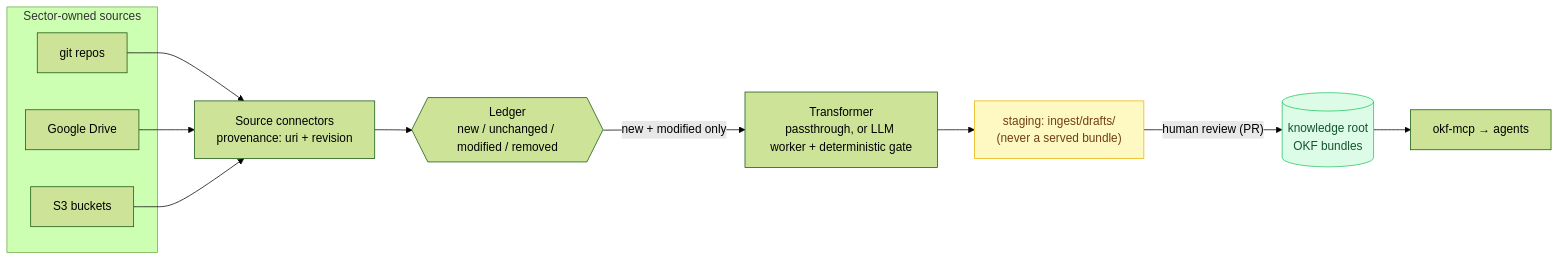
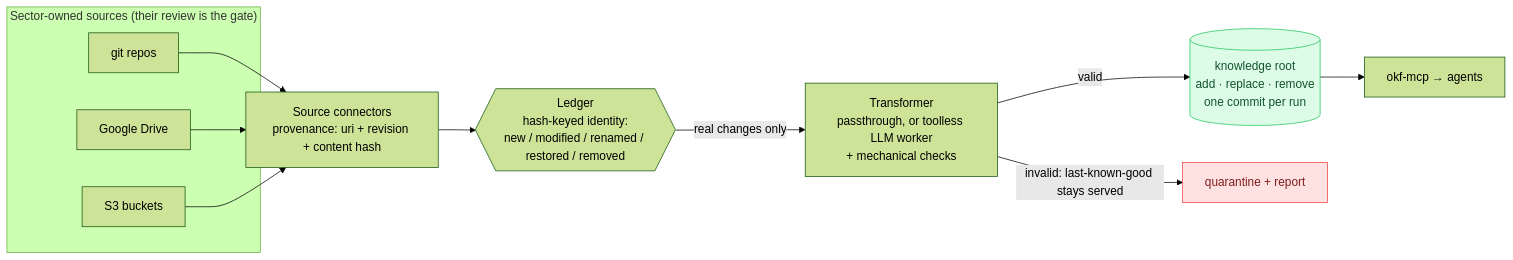
One commit to th-lange/okf-corporate-bundle changed the diagram in docs/usage.md. Above: the diagram before and after it, drawn with Mermaid (forest theme). The commit also changed other lines of this file and 17 other files, not shown here.

````diff
--- a/docs/usage.md
+++ b/docs/usage.md
@@ -164,18 +159,18 @@
 ```mermaid
 flowchart LR
-  subgraph SRC["Sector-owned sources"]
+  subgraph SRC["Sector-owned sources (their review is the gate)"]
     G["git repos"]
     GD["Google Drive"]
     S3["S3 buckets"]
   end
   G --> CONN
   GD --> CONN
   S3 --> CONN
-  CONN["Source connectors<br/>provenance: uri + revision"] --> LED{{"Ledger<br/>new / unchanged / modified / removed"}}
-  LED -- "new + modified only" --> TR["Transformer<br/>passthrough, or LLM worker + deterministic gate"]
-  TR --> ST["staging: ingest/drafts/<br/>(never a served bundle)"]
-  ST -- "human review (PR)" --> KB[("knowledge root<br/>OKF bundles")]
+  CONN["Source connectors<br/>provenance: uri + revision + content hash"] --> LED{{"Ledger<br/>hash-keyed identity:<br/>new / modified / renamed / restored / removed"}}
+  LED -- "real changes only" --> TR["Transformer<br/>passthrough, or toolless LLM worker<br/>+ mechanical checks"]
+  TR -- "valid" --> KB[("knowledge root<br/>add · replace · remove<br/>one commit per run")]
+  TR -- "invalid: last-known-good stays served" --> Q["quarantine + report"]
   KB --> MCP["okf-mcp → agents"]
-  style ST fill:#fef9c3,stroke:#eab308,color:#713f12
+  style Q fill:#fee2e2,stroke:#ef4444,color:#7f1d1d
   style KB fill:#dcfce7,stroke:#22c55e,color:#14532d
 ```
````
